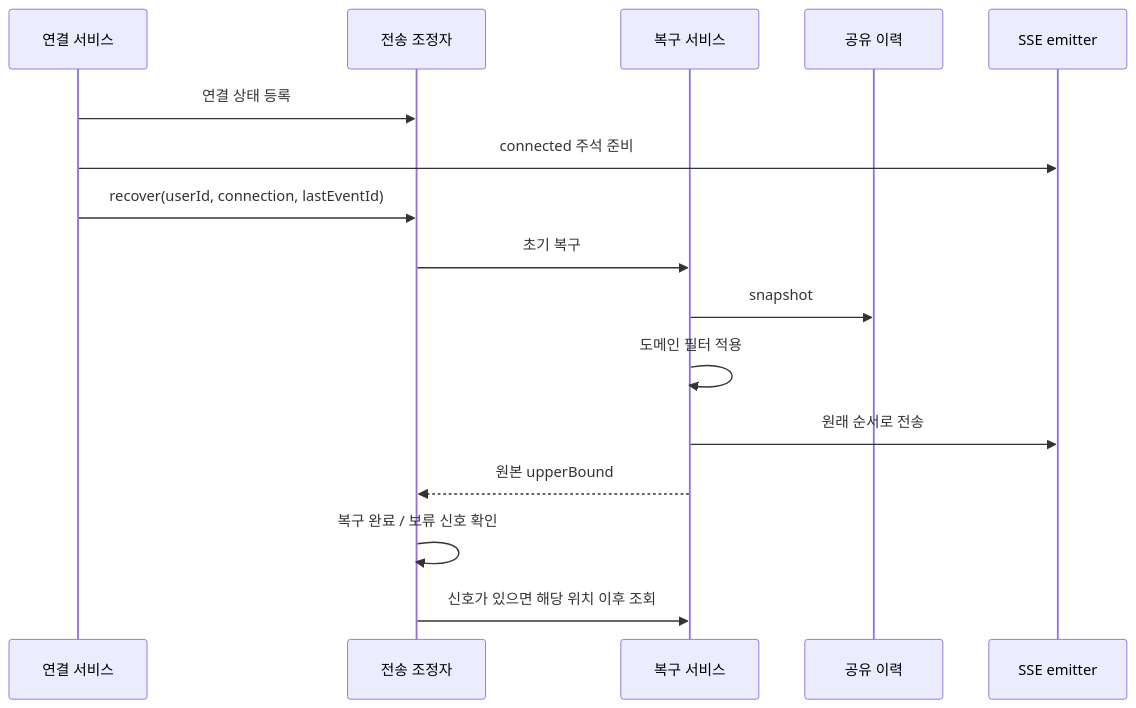
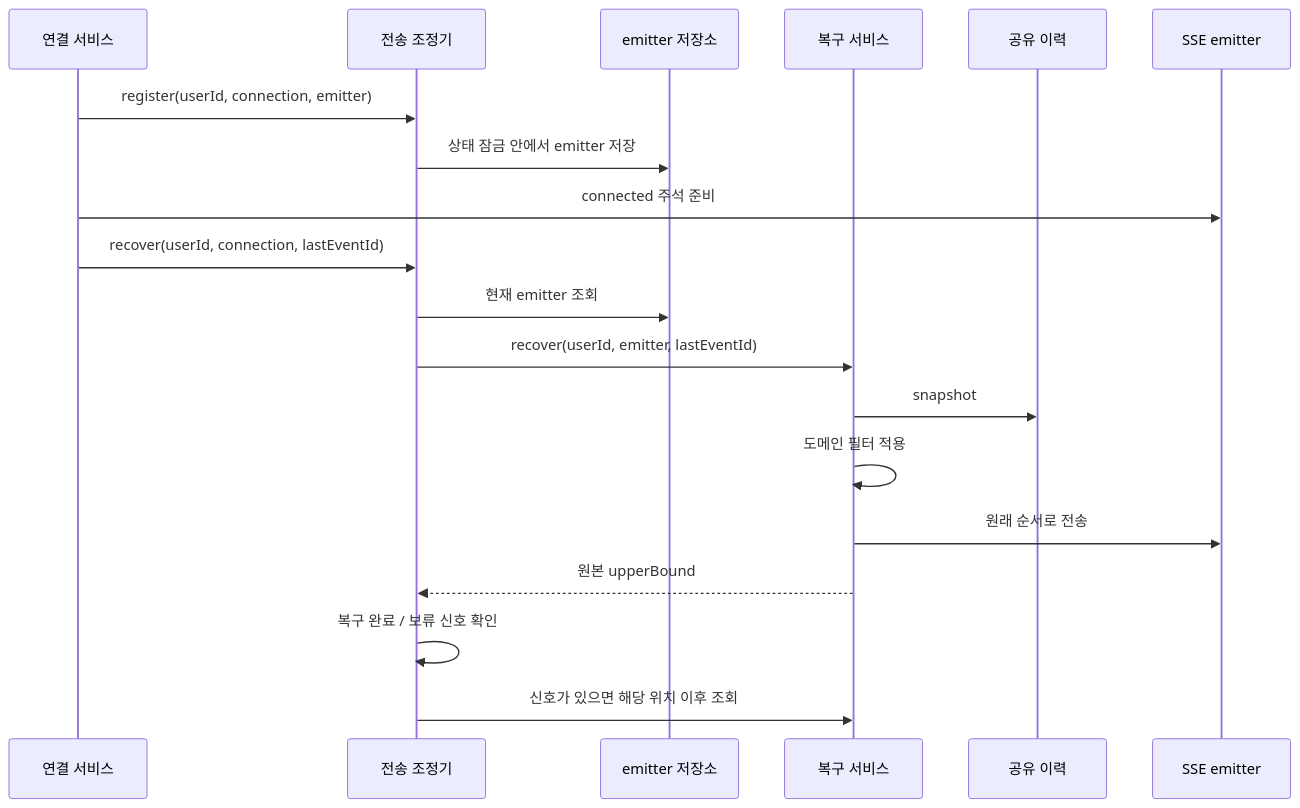
Before and after one commit to codeit-backend13-part4-team1/playlist_for_everyone: the diagram in docs/sse/10-recovery-and-retry.md, drawn with Mermaid. The commit also changed other lines of this file and 31 other files, not shown here.

````diff
--- a/docs/sse/10-recovery-and-retry.md
+++ b/docs/sse/10-recovery-and-retry.md
@@ -8,18 +8,21 @@
 ```mermaid
 sequenceDiagram
     participant C as 연결 서비스
-    participant D as 전송 조정자
+    participant D as 전송 조정기
+    participant L as emitter 저장소
     participant R as 복구 서비스
     participant H as 공유 이력
     participant E as SSE emitter
-    C->>D: 연결 상태 등록
+    C->>D: register(userId, connection, emitter)
+    D->>L: 상태 잠금 안에서 emitter 저장
     C->>E: connected 주석 준비
     C->>D: recover(userId, connection, lastEventId)
-    D->>R: 초기 복구
+    D->>L: 현재 emitter 조회
+    D->>R: recover(userId, emitter, lastEventId)
     R->>H: snapshot
     R->>R: 도메인 필터 적용
     R->>E: 원래 순서로 전송
     R-->>D: 원본 upperBound
     D->>D: 복구 완료 / 보류 신호 확인
     D->>R: 신호가 있으면 해당 위치 이후 조회
 ```
````
